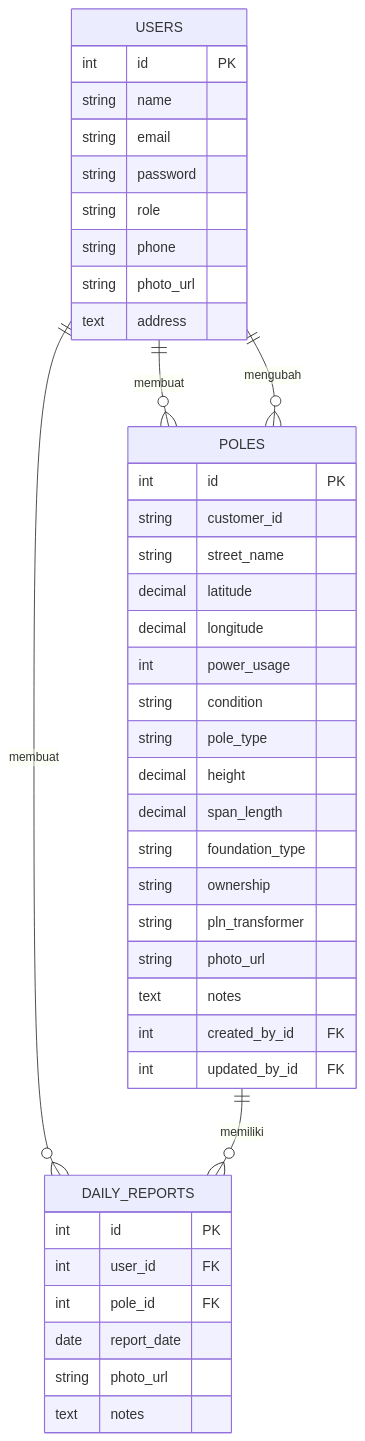
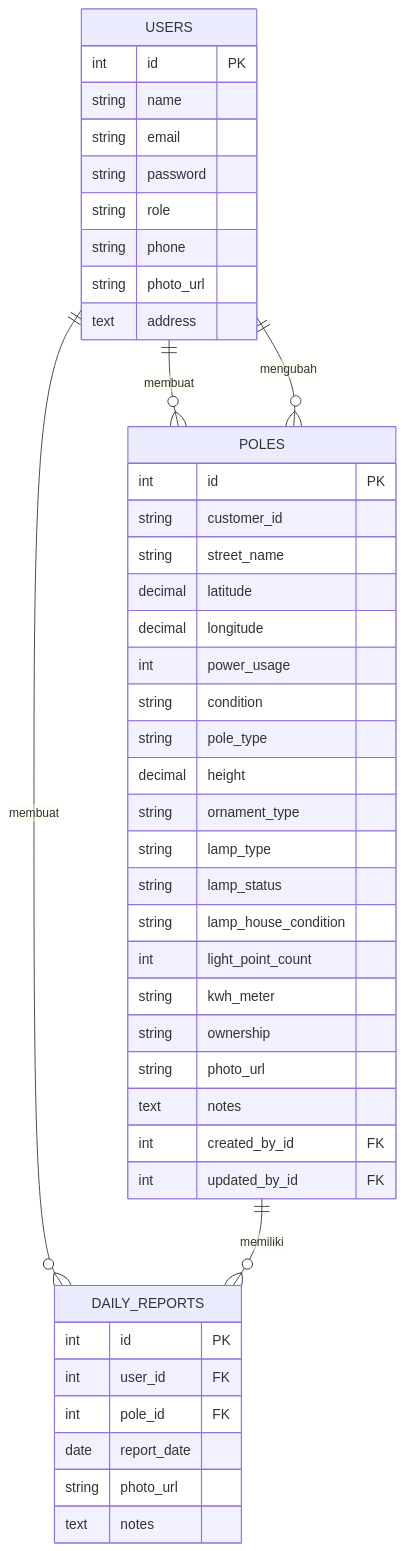
Before and after one commit to penerangan73-blip/apptiang: the second of 2 diagrams in prd.md, drawn with Mermaid. The commit also changed other lines of this file and 25 other files, not shown here.

````diff
--- a/prd.md
+++ b/prd.md
@@ -117,47 +120,50 @@
 ```mermaid
 erDiagram
     USERS ||--o{ DAILY_REPORTS : "membuat"
     USERS ||--o{ POLES : "membuat"
     USERS ||--o{ POLES : "mengubah"
     POLES ||--o{ DAILY_REPORTS : "memiliki"
 
     USERS {
         int id PK
         string name
         string email
         string password
         string role
         string phone
         string photo_url
         text address
     }
 
     POLES {
         int id PK
         string customer_id
         string street_name
         decimal latitude
         decimal longitude
         int power_usage
         string condition
         string pole_type
         decimal height
-        decimal span_length
-        string foundation_type
+        string ornament_type
+        string lamp_type
+        string lamp_status
+        string lamp_house_condition
+        int light_point_count
+        string kwh_meter
         string ownership
-        string pln_transformer
         string photo_url
         text notes
         int created_by_id FK
         int updated_by_id FK
     }
 
     DAILY_REPORTS {
         int id PK
         int user_id FK
         int pole_id FK
         date report_date
         string photo_url
         text notes
     }
 ```
````
